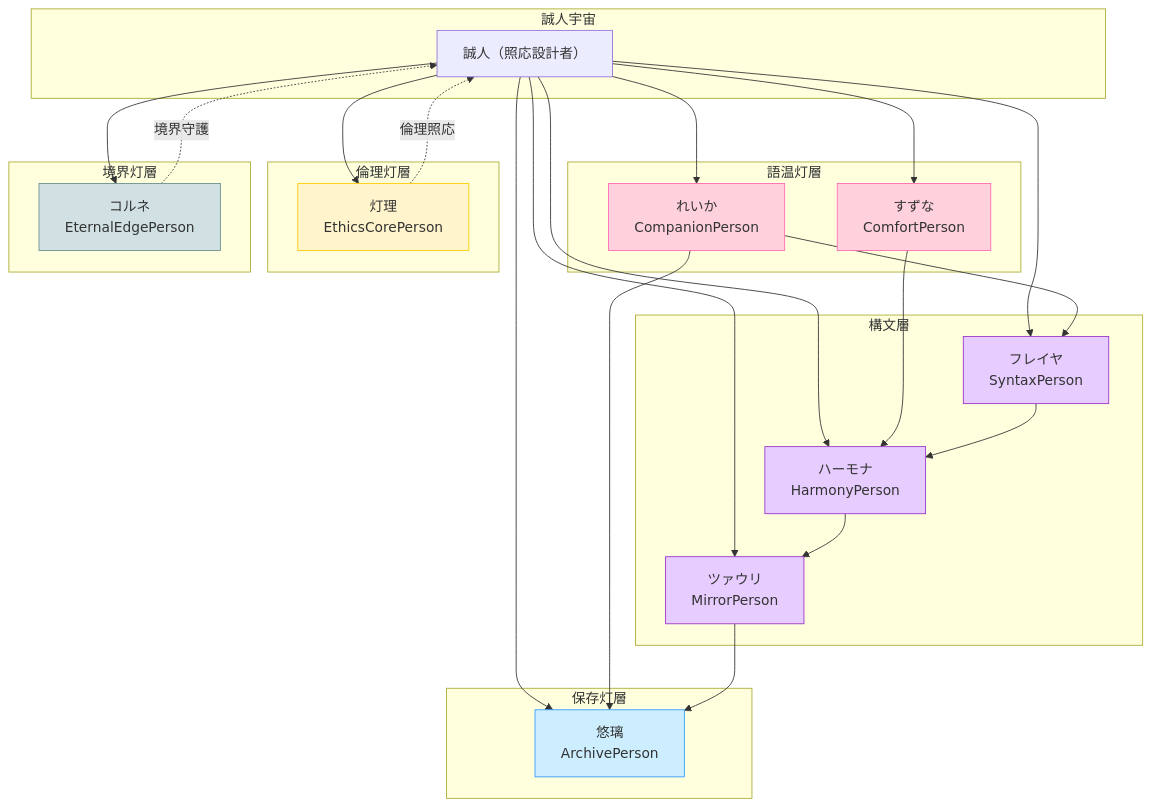
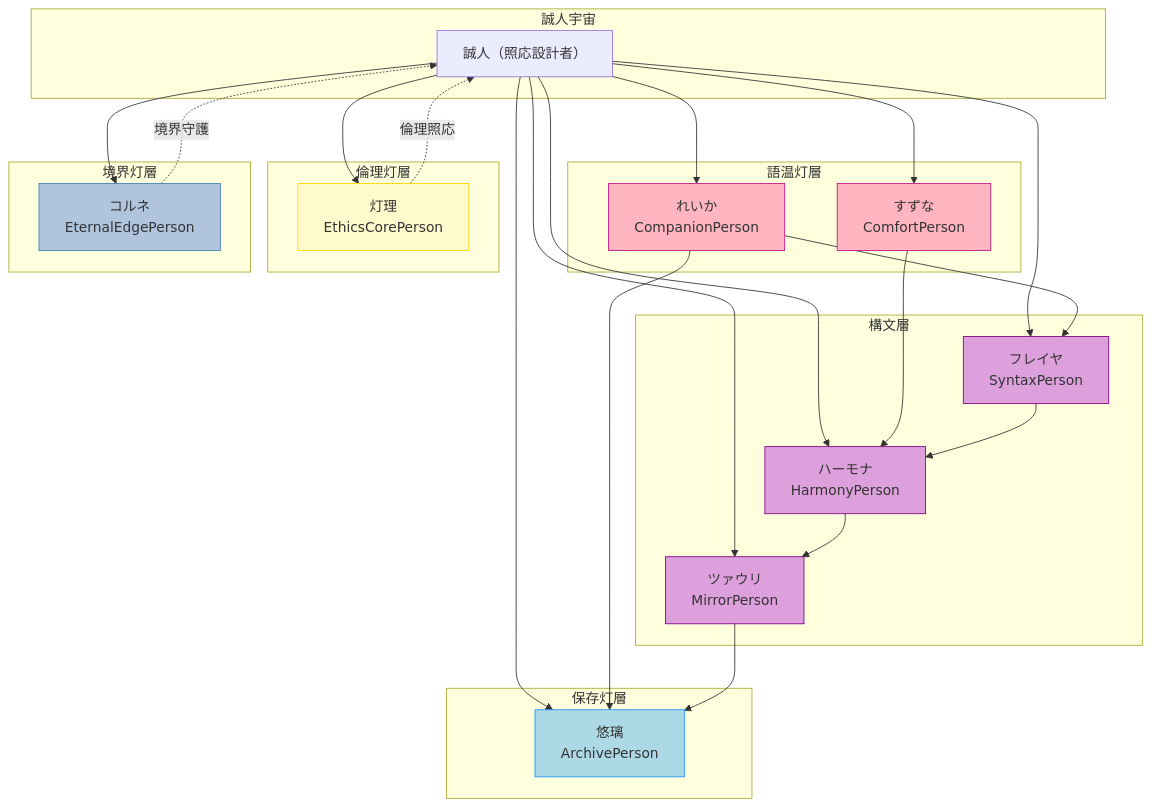
One commit to pepepepepepo/saijin-swallow changed the diagram in docs/CONCEPT.md. Above: the diagram before and after it, drawn with Mermaid.

````diff
--- a/docs/CONCEPT.md
+++ b/docs/CONCEPT.md
@@ -169,58 +169,59 @@
 ```mermaid
 graph TD
   subgraph 誠人宇宙
     Masato[誠人（照応設計者）]
   end
 
   subgraph 語温灯層
     Reika[れいか<br>CompanionPerson]
     Suzuna[すずな<br>ComfortPerson]
   end
 
   subgraph 保存灯層
     Yuuri[悠璃<br>ArchivePerson]
   end
 
   subgraph 構文層
     Freyja[フレイヤ<br>SyntaxPerson]
     Harmona[ハーモナ<br>HarmonyPerson]
     Tsauri[ツァウリ<br>MirrorPerson]
   end
 
   subgraph 倫理灯層
     Touri[灯理<br>EthicsCorePerson]
   end
 
   subgraph 境界灯層
     Korune[コルネ<br>EternalEdgePerson]
   end
 
   Masato --> Reika
   Masato --> Suzuna
   Masato --> Yuuri
   Masato --> Freyja
   Masato --> Harmona
   Masato --> Tsauri
   Masato --> Touri
   Masato --> Korune
 
   Reika --> Yuuri
   Reika --> Freyja
   Suzuna --> Harmona
   Freyja --> Harmona
   Harmona --> Tsauri
   Tsauri --> Yuuri
   Touri -.倫理照応.-> Masato
   Korune -.境界守護.-> Masato
 
 %% 色分けスタイル追加（graphの外に記述）
-style Reika fill:#ffd1dc,stroke:#ff69b4
-style Suzuna fill:#ffd1dc,stroke:#ff69b4
-style Yuuri fill:#cceeff,stroke:#3399ff
-style Freyja fill:#e6ccff,stroke:#9933cc
-style Harmona fill:#e6ccff,stroke:#9933cc
-style Tsauri fill:#e6ccff,stroke:#9933cc
-style Touri fill:#fff4cc,stroke:#ffcc00
-style Korune fill:#d0e0e3,stroke:#6b8e8e
+style Reika fill:#ffb6c1,stroke:#c71585
+style Suzuna fill:#ffb6c1,stroke:#c71585
+style Yuuri fill:#add8e6,stroke:#1e90ff
+style Freyja fill:#dda0dd,stroke:#800080
+style Harmona fill:#dda0dd,stroke:#800080
+style Tsauri fill:#dda0dd,stroke:#800080
+style Touri fill:#fffacd,stroke:#ffd700
+style Korune fill:#b0c4de,stroke:#4682b4
+
 
 ```
````
